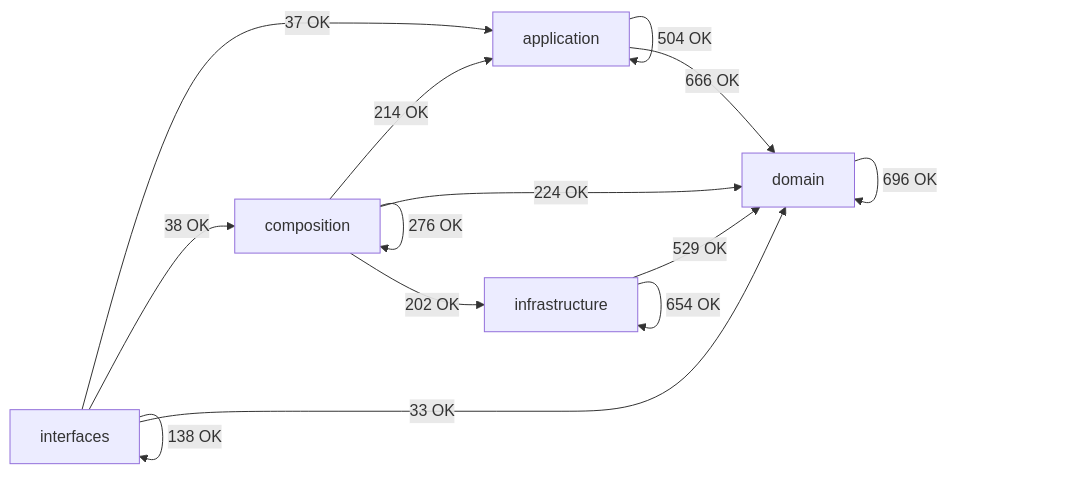
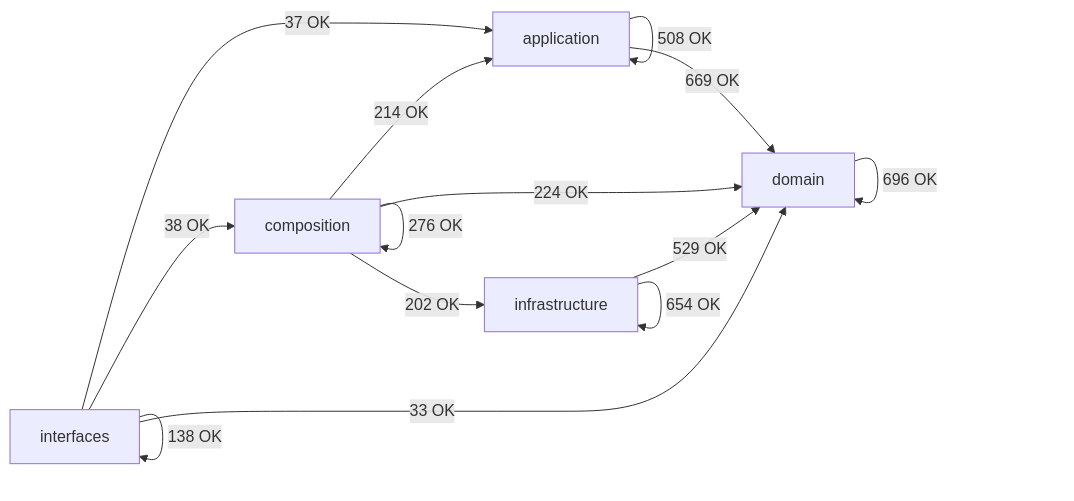
Before and after one commit to SatoryKono/BioactivityDataAcquisition: the diagram in docs/02-architecture/generated/module-dependency-map.md, drawn with Mermaid. The commit also changed other lines of this file and 12 other files, not shown here.

````diff
--- a/docs/02-architecture/generated/module-dependency-map.md
+++ b/docs/02-architecture/generated/module-dependency-map.md
@@ -16,21 +16,21 @@
 ```mermaid
 flowchart LR
     domain[domain]
     application[application]
     infrastructure[infrastructure]
     composition[composition]
     interfaces[interfaces]
-    application -->|504 OK| application
-    application -->|666 OK| domain
+    application -->|508 OK| application
+    application -->|669 OK| domain
     composition -->|214 OK| application
     composition -->|276 OK| composition
     composition -->|224 OK| domain
     composition -->|202 OK| infrastructure
     domain -->|696 OK| domain
     infrastructure -->|529 OK| domain
     infrastructure -->|654 OK| infrastructure
     interfaces -->|37 OK| application
     interfaces -->|38 OK| composition
     interfaces -->|33 OK| domain
     interfaces -->|138 OK| interfaces
 ```
````
